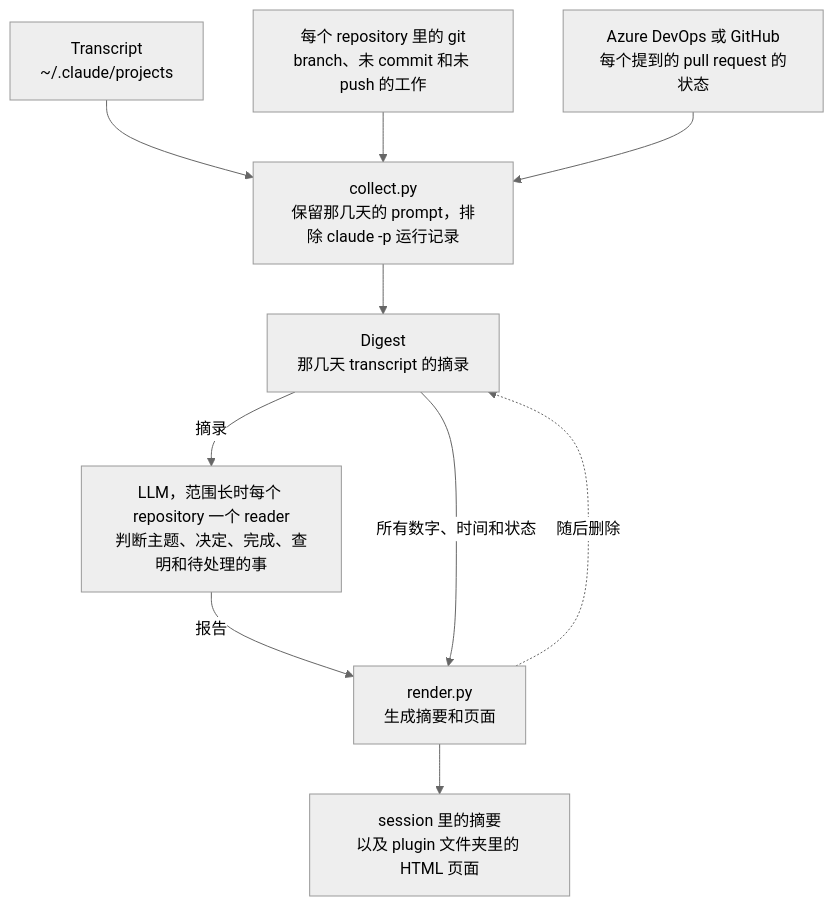
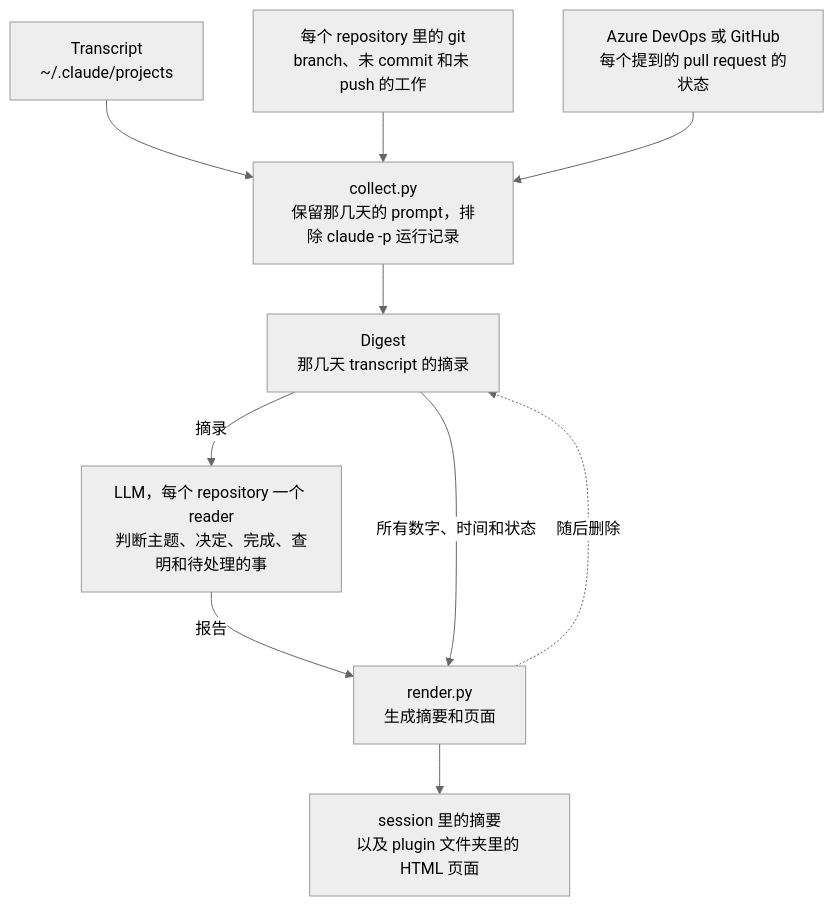
The diagram in plugins/remind-me/README.zh-CN.md (softwareone-platform/tundra), drawn with Mermaid (neutral theme) before and after one commit. The commit also changed other lines of this file and 4 other files, not shown here.

````diff
--- a/plugins/remind-me/README.zh-CN.md
+++ b/plugins/remind-me/README.zh-CN.md
@@ -41,12 +41,12 @@
 ```mermaid
 flowchart TB
     transcripts["Transcript<br>~/.claude/projects"] --> collect
     git["每个 repository 里的 git<br>branch、未 commit 和未 push 的工作"] --> collect
     remote["Azure DevOps 或 GitHub<br>每个提到的 pull request 的状态"] --> collect
     collect["collect.py<br>保留那几天的 prompt，排除 claude -p 运行记录"] --> digest["Digest<br>那几天 transcript 的摘录"]
-    digest -- 摘录 --> model["LLM，范围长时每个 repository 一个 reader<br>判断主题、决定、完成、查明和待处理的事"]
+    digest -- 摘录 --> model["LLM，每个 repository 一个 reader<br>判断主题、决定、完成、查明和待处理的事"]
     model -- 报告 --> render["render.py<br>生成摘要和页面"]
     digest -- 所有数字、时间和状态 --> render
     render --> page["session 里的摘要<br>以及 plugin 文件夹里的 HTML 页面"]
     render -. 随后删除 .-> digest
 ```
````
